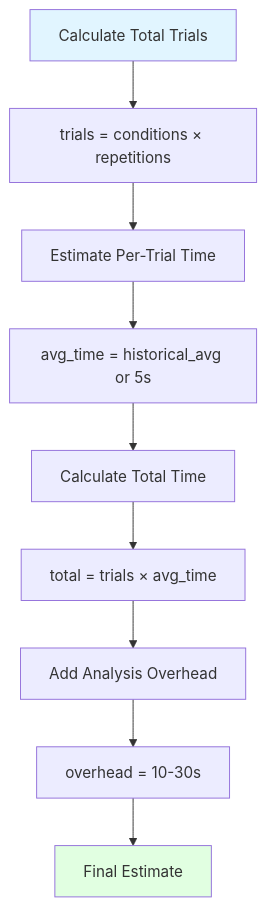
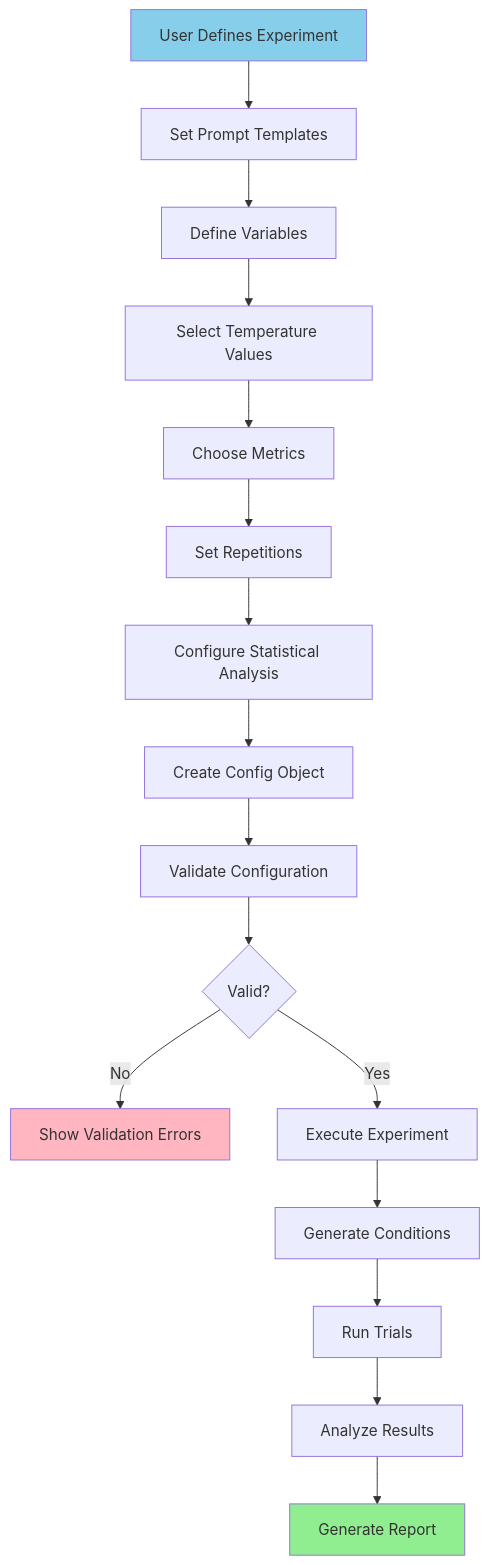
Diagram 19 of 22 in docs/LLMExperimentTask.md (SimiaCryptus/Cognotik), drawn with Mermaid before and after one commit. The commit also changed other lines of this file and 7 other files, not shown here.

````diff
--- a/docs/LLMExperimentTask.md
+++ b/docs/LLMExperimentTask.md
@@ -748,14 +686,24 @@
 ```mermaid
 flowchart TD
-    A[Calculate Total Trials] --> B[trials = conditions × repetitions]
-    B --> C[Estimate Per-Trial Time]
-    C --> D[avg_time = historical_avg or 5s]
-    D --> E[Calculate Total Time]
-    E --> F[total = trials × avg_time]
-    F --> G[Add Analysis Overhead]
-    G --> H[overhead = 10-30s]
-    H --> I[Final Estimate]
+    A[User Defines Experiment] --> B[Set Prompt Templates]
+    B --> C[Define Variables]
+    C --> D[Select Temperature Values]
+    D --> E[Choose Metrics]
+    E --> F[Set Repetitions]
+    F --> G[Configure Statistical Analysis]
 
-    style A fill:#e1f5ff
-    style I fill:#e1ffe1
+    G --> H[Create Config Object]
+    H --> I[Validate Configuration]
+    I --> J{Valid?}
+    J -->|No| K[Show Validation Errors]
+    J -->|Yes| L[Execute Experiment]
+
+    L --> M[Generate Conditions]
+    M --> N[Run Trials]
+    N --> O[Analyze Results]
+    O --> P[Generate Report]
+
+    style A fill:#87CEEB
+    style P fill:#90EE90
+    style K fill:#FFB6C1
 ```
````
